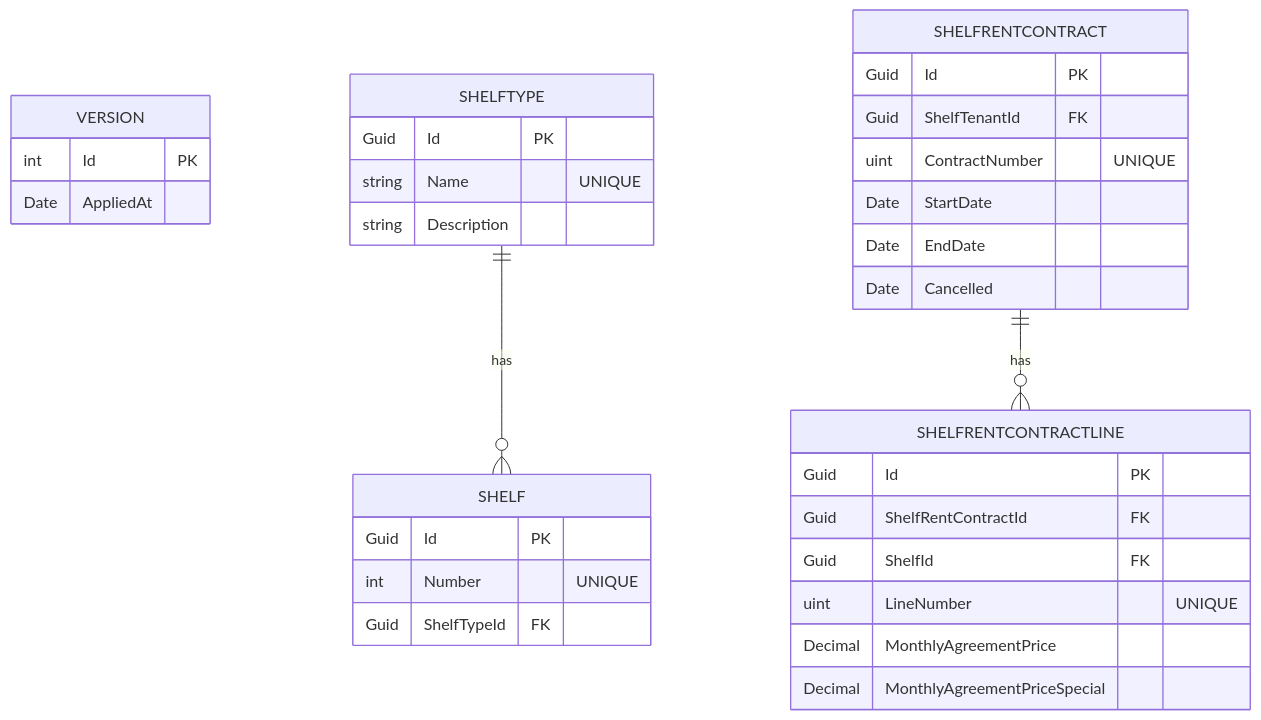
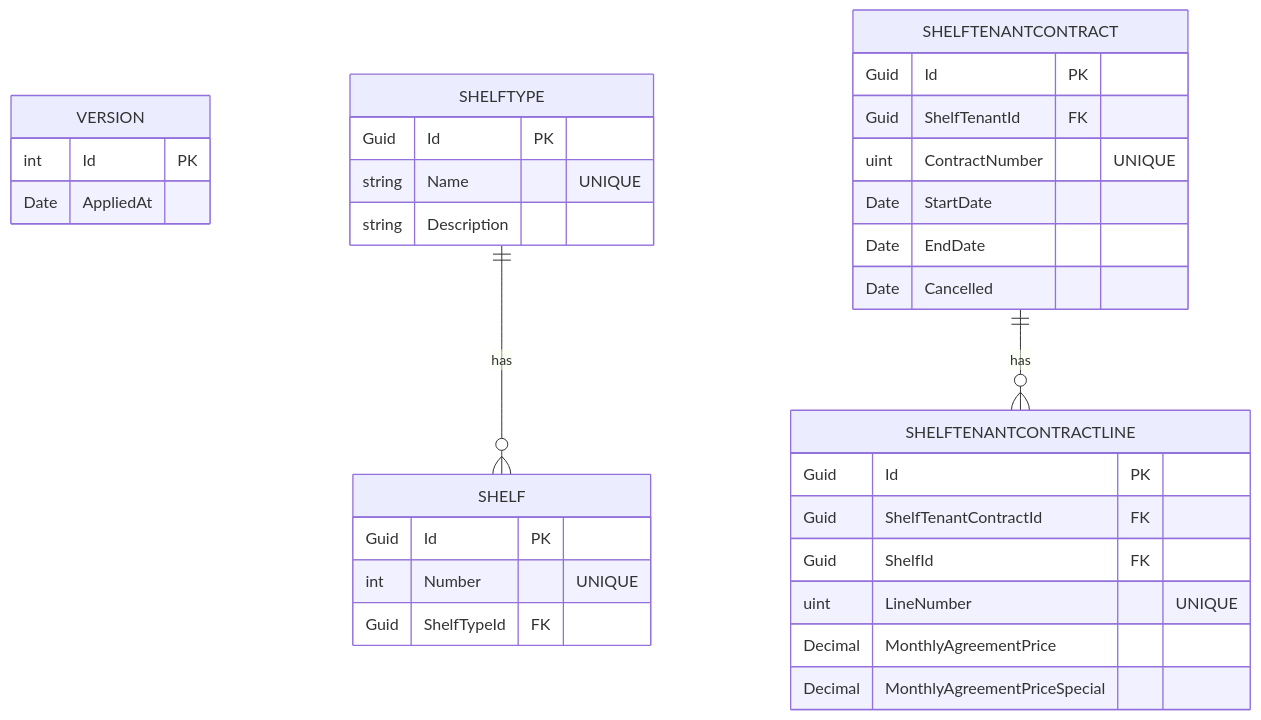
One commit to DMOoF25-TEAM11/ShelfMarket changed the diagram in docs/ER.mmd. Above: the diagram before and after it, drawn with Mermaid. The commit also changed 11 other files, not shown here.

```diff
--- a/docs/ER.mmd
+++ b/docs/ER.mmd
@@ -1,38 +1,38 @@
 erDiagram
     VERSION {
         int Id PK
         Date AppliedAt
     }
 
     SHELFTYPE {
         Guid Id PK 
         string Name "UNIQUE"
         string Description
     }
 
     SHELF {
         Guid Id PK
         int Number "UNIQUE"
         Guid ShelfTypeId FK
     }
 
-    SHELFRENTCONTRACT {
+    SHELFTENANTCONTRACT {
         Guid Id PK
         Guid ShelfTenantId FK
         uint ContractNumber "UNIQUE"
         Date StartDate
         Date EndDate
         Date Cancelled
     }
 
-    SHELFRENTCONTRACTLINE {
+    SHELFTENANTCONTRACTLINE {
         Guid Id PK
-        Guid ShelfRentContractId FK
+        Guid ShelfTenantContractId FK
         Guid ShelfId FK
         uint LineNumber "UNIQUE"
         Decimal MonthlyAgreementPrice
         Decimal MonthlyAgreementPriceSpecial
     }
 
     SHELFTYPE ||--o{ SHELF : has
-    SHELFRENTCONTRACT ||--o{ SHELFRENTCONTRACTLINE : has
+    SHELFTENANTCONTRACT ||--o{ SHELFTENANTCONTRACTLINE : has
```
